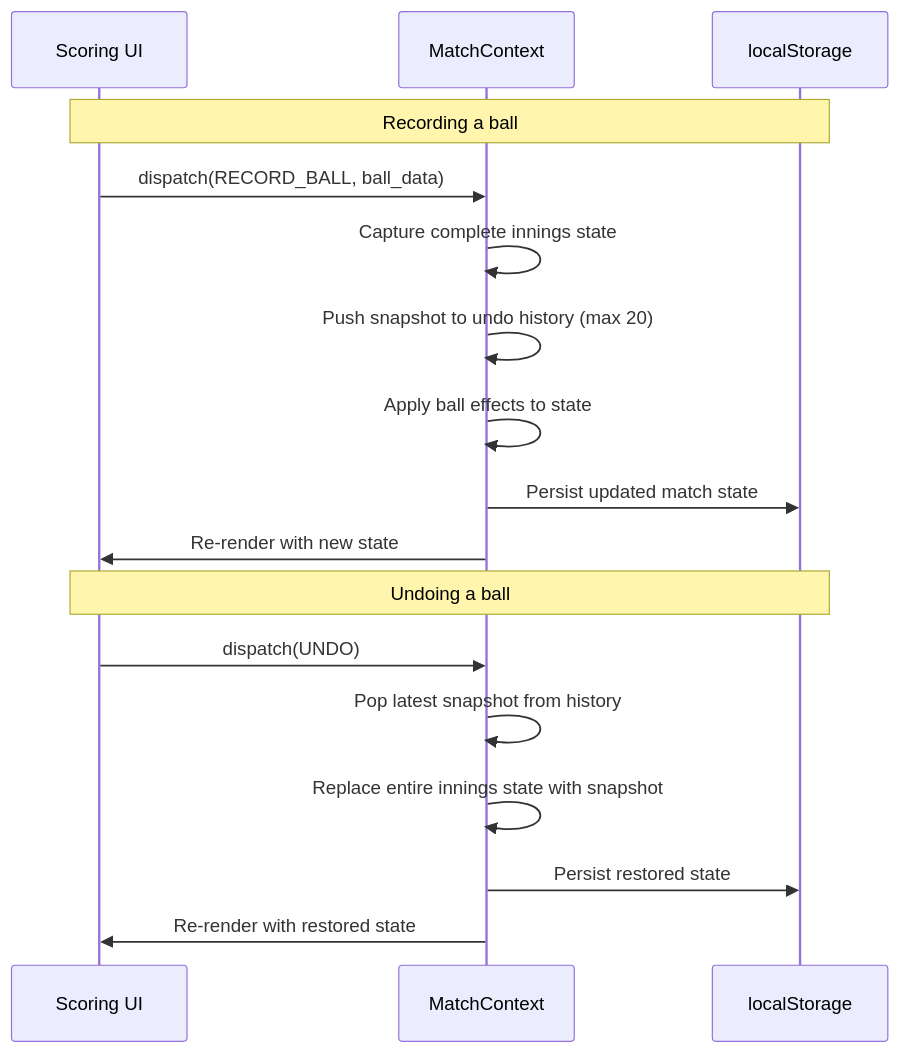
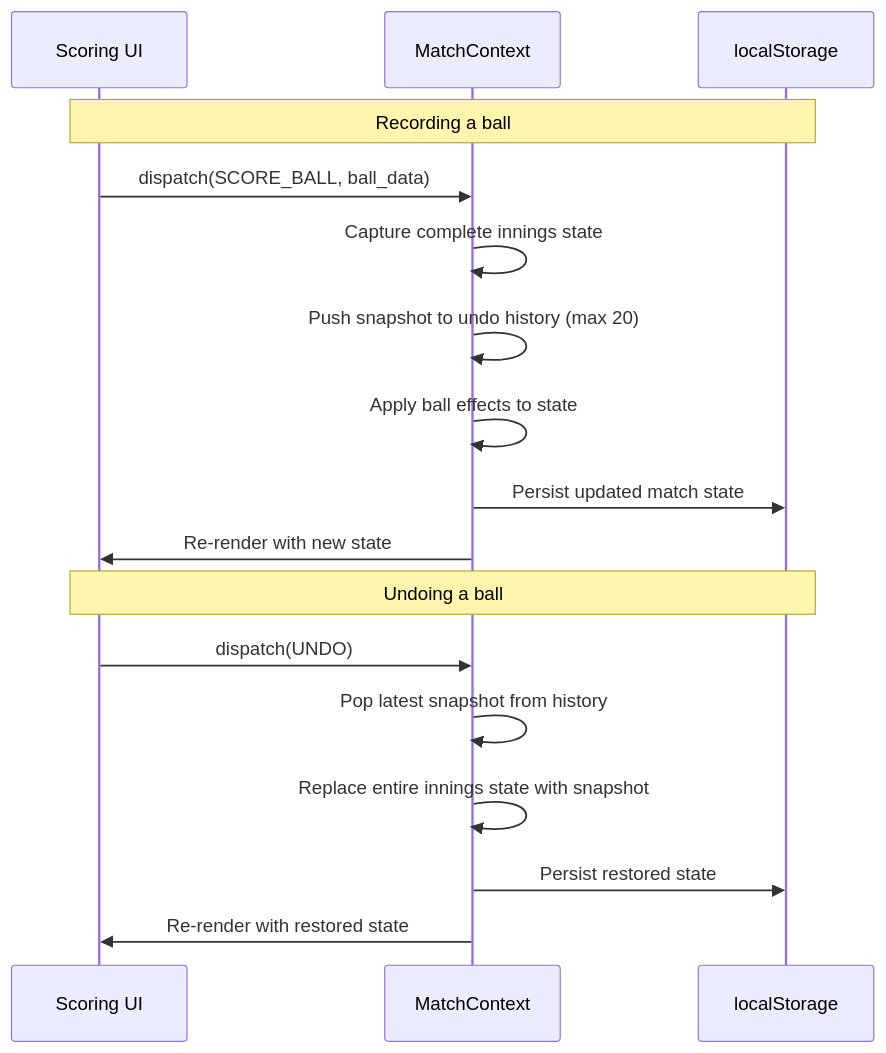
One commit to vishnukadiyala/CricketScoringApp changed the fourth of 6 diagrams in README.md. Above: the diagram before and after it, drawn with Mermaid. The commit also changed other lines of this file, not shown here.

````diff
--- a/README.md
+++ b/README.md
@@ -266,21 +273,21 @@
 ```mermaid
 sequenceDiagram
     participant UI as Scoring UI
     participant MC as MatchContext
     participant LS as localStorage
 
     Note over UI,LS: Recording a ball
-    UI->>MC: dispatch(RECORD_BALL, ball_data)
+    UI->>MC: dispatch(SCORE_BALL, ball_data)
     MC->>MC: Capture complete innings state
     MC->>MC: Push snapshot to undo history (max 20)
     MC->>MC: Apply ball effects to state
     MC->>LS: Persist updated match state
     MC->>UI: Re-render with new state
 
     Note over UI,LS: Undoing a ball
     UI->>MC: dispatch(UNDO)
     MC->>MC: Pop latest snapshot from history
     MC->>MC: Replace entire innings state with snapshot
     MC->>LS: Persist restored state
     MC->>UI: Re-render with restored state
 ```
````
